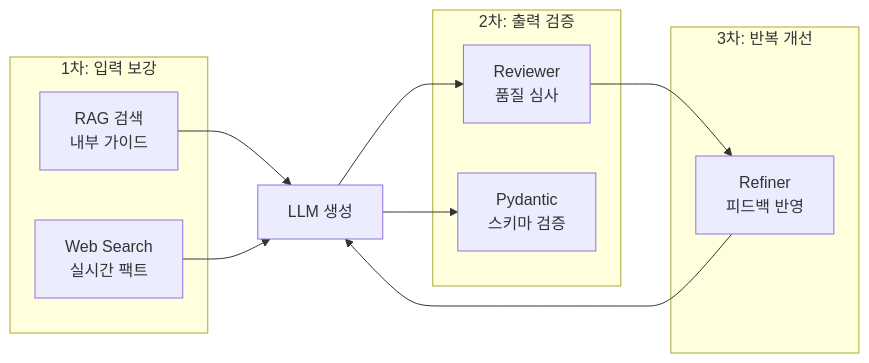
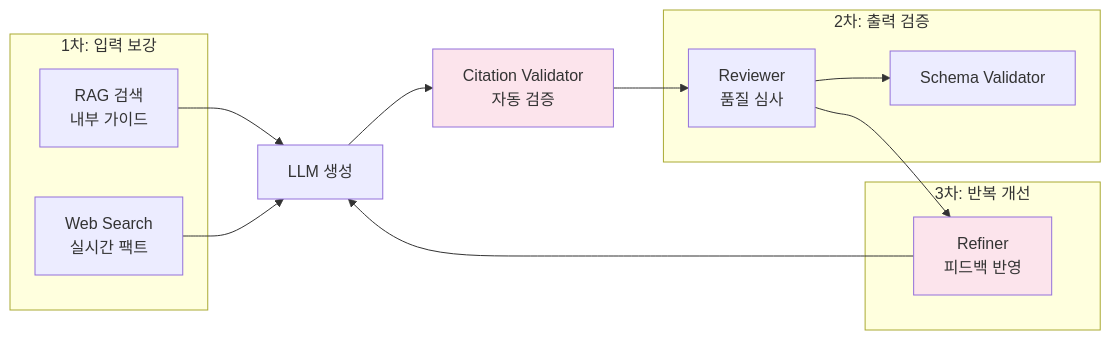
Before and after one commit to skyasu2/multi-agent-python: the first of 8 diagrams in docs/SYSTEM_DESIGN.md, drawn with Mermaid. The commit also changed other lines of this file and 2 other files, not shown here.

````diff
--- a/docs/SYSTEM_DESIGN.md
+++ b/docs/SYSTEM_DESIGN.md
@@ -109,23 +109,27 @@
 ```mermaid
 flowchart LR
     subgraph "1차: 입력 보강"
         RAG[RAG 검색<br/>내부 가이드]
         WEB[Web Search<br/>실시간 팩트]
     end
 
     subgraph "2차: 출력 검증"
         REV[Reviewer<br/>품질 심사]
         SCHEMA[Pydantic<br/>스키마 검증]
     end
 
     subgraph "3차: 반복 개선"
         REFINE[Refiner<br/>피드백 반영]
     end
 
+    style REFINE fill:#fce4ec
+    style VAL fill:#fce4ec
+
     RAG --> LLM[LLM 생성]
     WEB --> LLM
-    LLM --> REV
-    LLM --> SCHEMA
+    LLM --> VAL[Citation Validator<br/>자동 검증]
+    VAL --> REV[Reviewer<br/>품질 심사]
+    REV --> SCHEMA[Schema Validator]
     REV --> REFINE
     REFINE --> LLM
 ```
````
